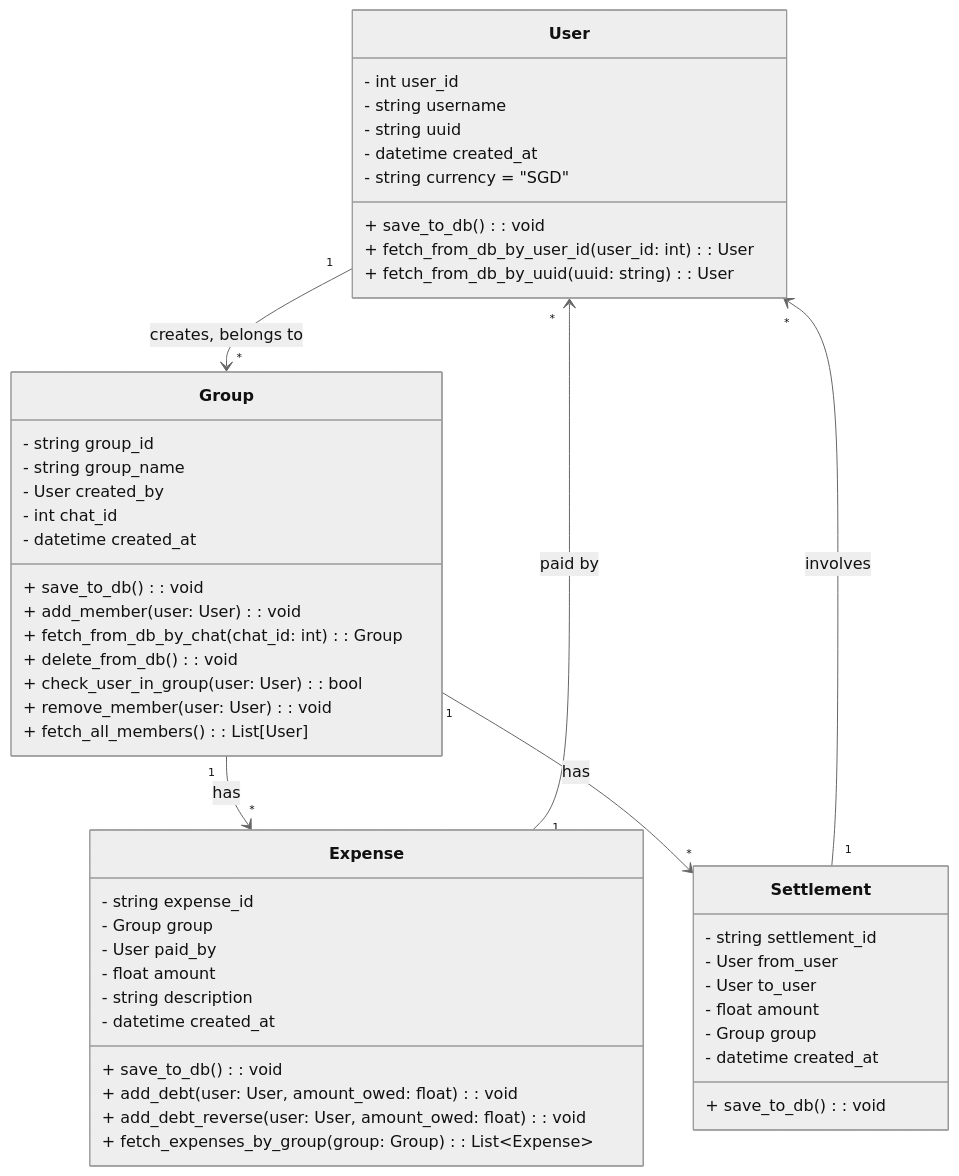
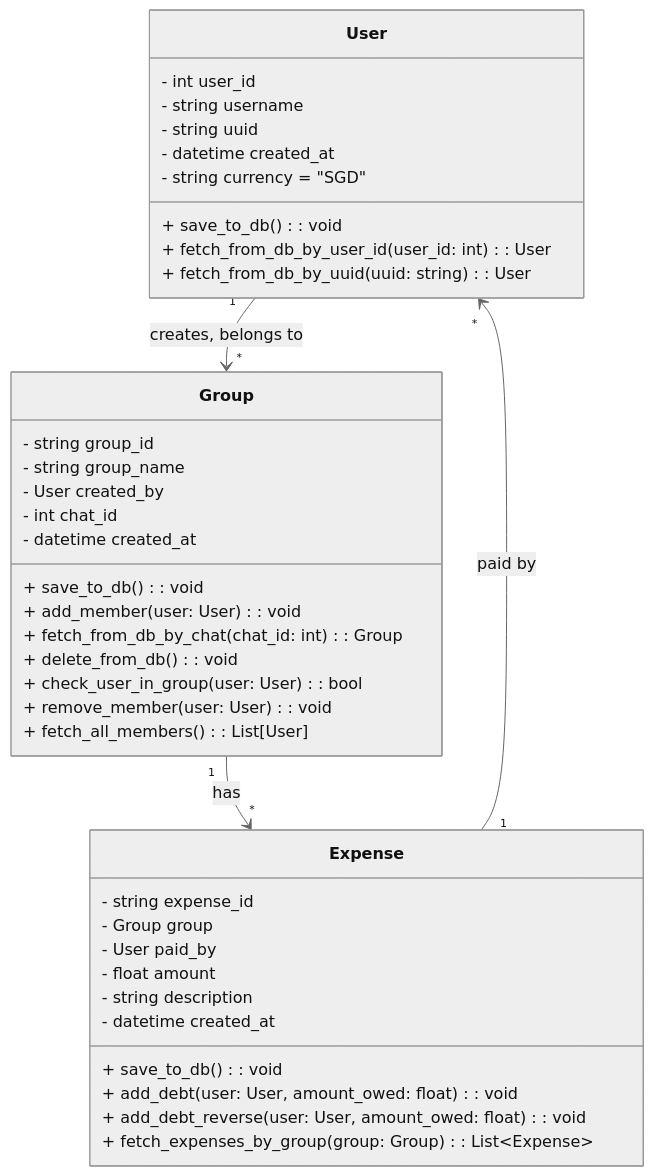
Before and after one commit to davidchanwz/coconutsplit: the diagram in README.md, drawn with Mermaid (neutral theme). The commit also changed other lines of this file and 3 other files, not shown here.

````diff
--- a/README.md
+++ b/README.md
@@ -234,58 +175,46 @@
 ```mermaid
 
 classDiagram
     class User {
         - int user_id
         - string username
         - string uuid
         - datetime created_at
         - string currency = "SGD"
         + save_to_db(): void
         + fetch_from_db_by_user_id(user_id: int): User
         + fetch_from_db_by_uuid(uuid: string): User
     }
     
     class Group {
         - string group_id
         - string group_name
         - User created_by
         - int chat_id
         - datetime created_at
         + save_to_db(): void
         + add_member(user: User): void
         + fetch_from_db_by_chat(chat_id: int): Group
         + delete_from_db(): void
         + check_user_in_group(user: User): bool
         + remove_member(user: User): void
         + fetch_all_members(): List[User]
     }
 
     class Expense {
         - string expense_id
         - Group group
         - User paid_by
         - float amount
         - string description
         - datetime created_at
         + save_to_db(): void
         + add_debt(user: User, amount_owed: float): void
         + add_debt_reverse(user: User, amount_owed: float): void
         + fetch_expenses_by_group(group: Group): List~Expense~
     }
 
-    class Settlement {
-        - string settlement_id
-        - User from_user
-        - User to_user
-        - float amount
-        - Group group
-        - datetime created_at
-        + save_to_db(): void
-    }
-
     User "1" --> "*" Group : creates, belongs to
     Group "1" --> "*" Expense : has
     Expense "1" --> "*" User : paid by
-    Group "1" --> "*" Settlement : has
-    Settlement "1" --> "*" User : involves
 ```
````
